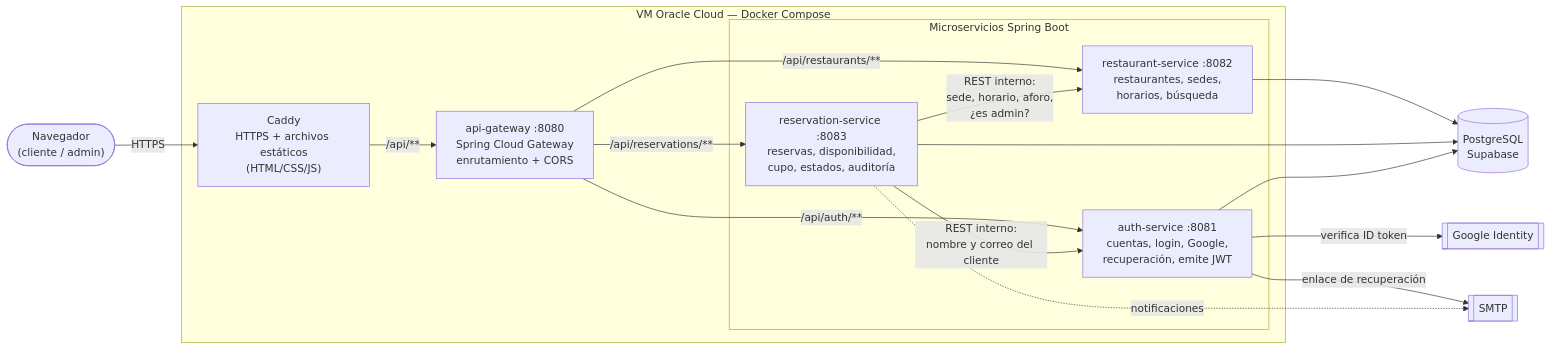
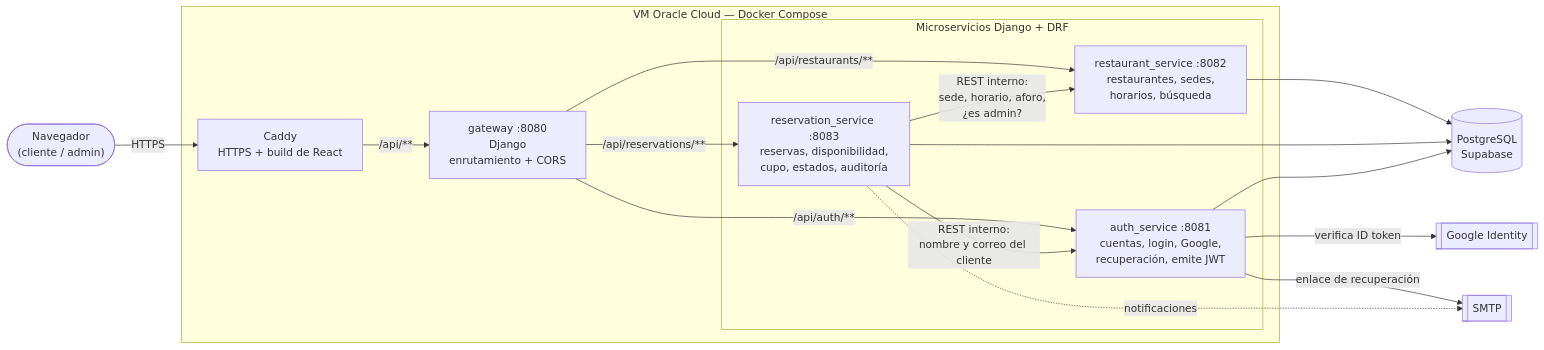
One commit to DeiviCode99/ReservaYaEP-2026-2 changed the first of 5 diagrams in README.md. Above: the diagram before and after it, drawn with Mermaid. The commit also changed other lines of this file and 3 other files, not shown here.

First line of the commit message:
docs: README, SRS y documentación de la base actualizados a Django + React

````diff
--- a/README.md
+++ b/README.md
@@ -63,36 +63,36 @@
 ```mermaid
 flowchart LR
     NAV(["Navegador<br/>(cliente / admin)"])
 
     subgraph VM["VM Oracle Cloud — Docker Compose"]
-        CADDY["Caddy<br/>HTTPS + archivos estáticos<br/>(HTML/CSS/JS)"]
-        GW["api-gateway :8080<br/>Spring Cloud Gateway<br/>enrutamiento + CORS"]
+        CADDY["Caddy<br/>HTTPS + build de React"]
+        GW["gateway :8080<br/>Django<br/>enrutamiento + CORS"]
 
-        subgraph MS["Microservicios Spring Boot"]
-            RES["reservation-service :8083<br/>reservas, disponibilidad,<br/>cupo, estados, auditoría"]
-            REST["restaurant-service :8082<br/>restaurantes, sedes,<br/>horarios, búsqueda"]
-            AUTH["auth-service :8081<br/>cuentas, login, Google,<br/>recuperación, emite JWT"]
+        subgraph MS["Microservicios Django + DRF"]
+            RES["reservation_service :8083<br/>reservas, disponibilidad,<br/>cupo, estados, auditoría"]
+            REST["restaurant_service :8082<br/>restaurantes, sedes,<br/>horarios, búsqueda"]
+            AUTH["auth_service :8081<br/>cuentas, login, Google,<br/>recuperación, emite JWT"]
         end
     end
 
     DB[("PostgreSQL<br/>Supabase")]
     GOOGLE[["Google Identity"]]
     SMTP[["SMTP"]]
 
     NAV -- HTTPS --> CADDY
     CADDY -- "/api/**" --> GW
     GW -- "/api/restaurants/**" --> REST
     GW -- "/api/reservations/**" --> RES
     GW -- "/api/auth/**" --> AUTH
 
     RES -- "REST interno:<br/>sede, horario, aforo,<br/>¿es admin?" --> REST
     RES -- "REST interno:<br/>nombre y correo del cliente" --> AUTH
 
     REST --> DB
     RES --> DB
     AUTH --> DB
 
     AUTH -- verifica ID token --> GOOGLE
     AUTH -- enlace de recuperación --> SMTP
     RES -. notificaciones .-> SMTP
 ```
````
